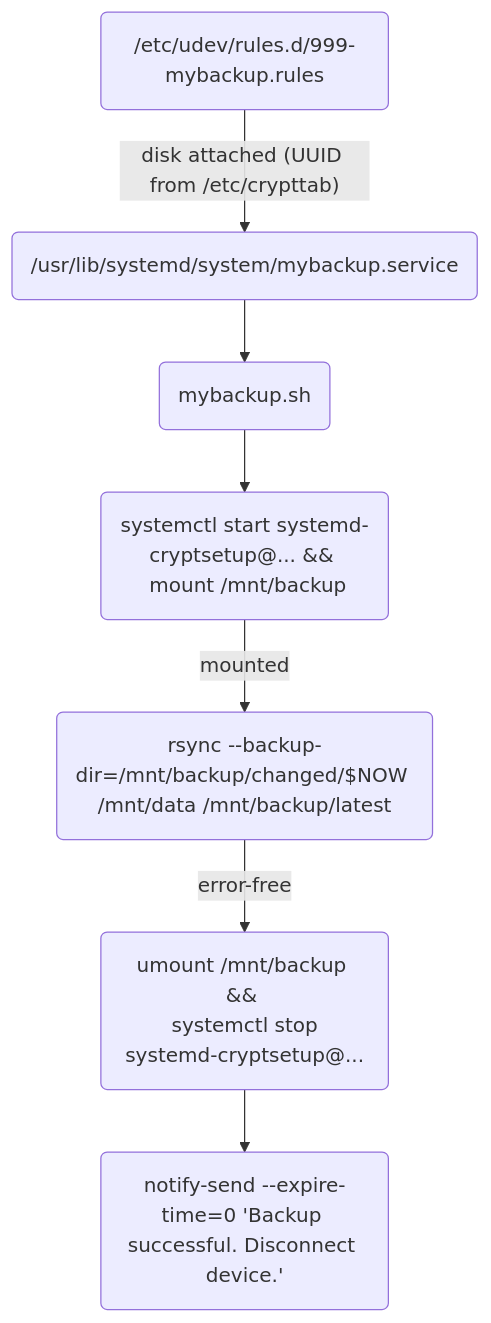
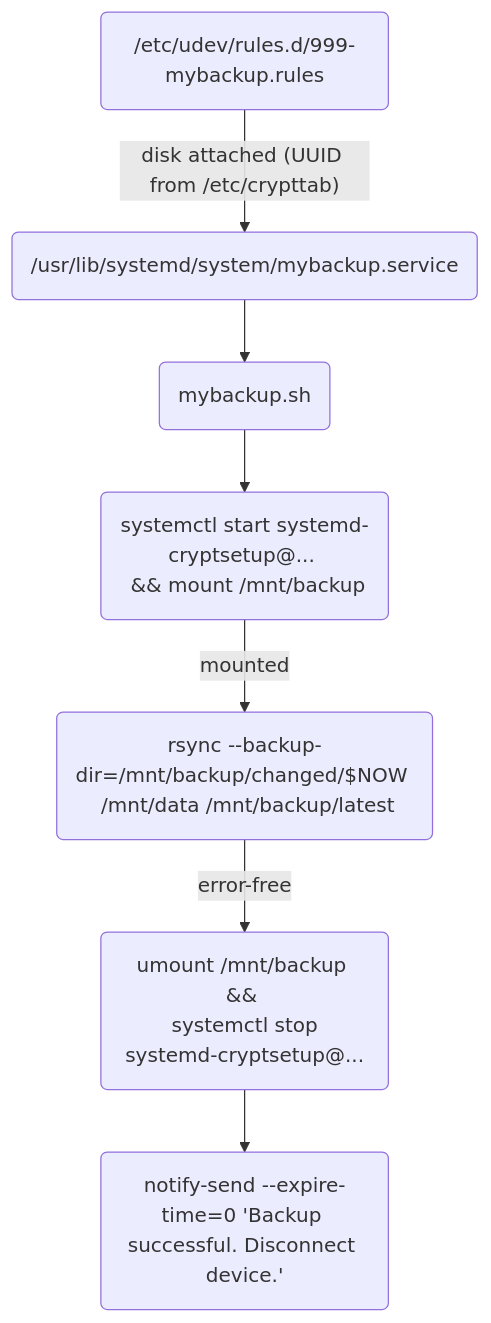
The diagram in README.md (andre-st/dotfiles), drawn with Mermaid before and after one commit.

Commit message:
Improve backup flowchart

````diff
--- a/README.md
+++ b/README.md
@@ -259,18 +259,18 @@
 ```mermaid
 flowchart TD
 
 	udev("/etc/udev/rules.d/999-mybackup.rules")
 	service("/usr/lib/systemd/system/mybackup.service")
 	sh("mybackup.sh")
-	mount("systemctl start systemd-cryptsetup@... && <br> mount /mnt/backup")
+	mount("systemctl start systemd-cryptsetup@... <br> && mount /mnt/backup")
 	umount("umount /mnt/backup && <br> systemctl stop systemd-cryptsetup@...")
-	rsync("rsync --backup-dir=/mnt/backup/changed/$NOW /mnt/data /mnt/backup/latest")
+	rsync("rsync --backup-dir=/mnt/backup/changed/$NOW <br> /mnt/data /mnt/backup/latest")
 	notify("notify-send --expire-time=0 'Backup successful. Disconnect device.'")
 
 	udev-- "disk attached (UUID from /etc/crypttab)" -->service
 	service-->sh
 	sh-->mount
 	mount-- "mounted" -->rsync
 	rsync-- "error-free" -->umount
 	umount-->notify
 ```
````
